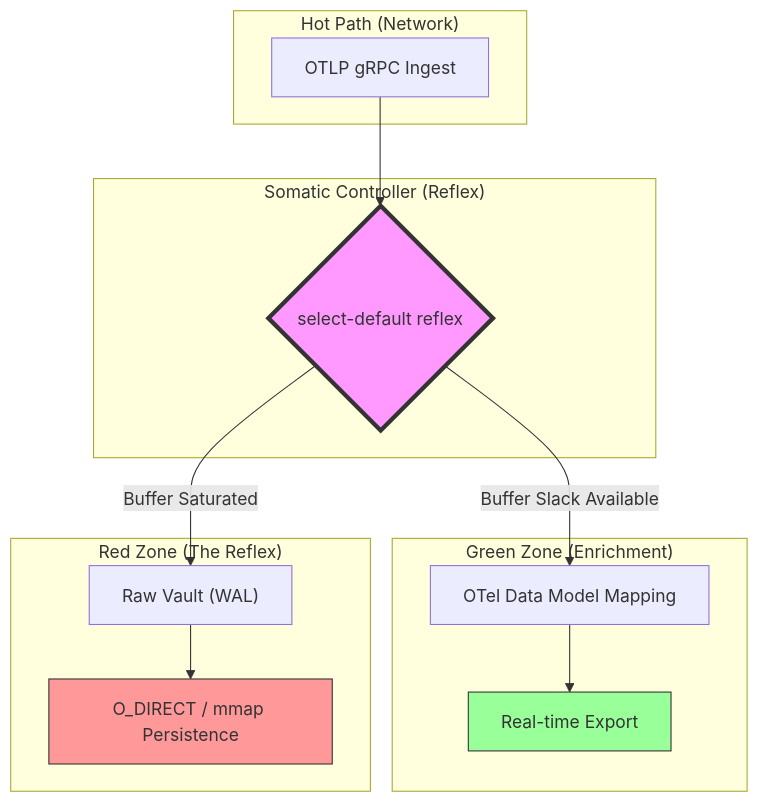
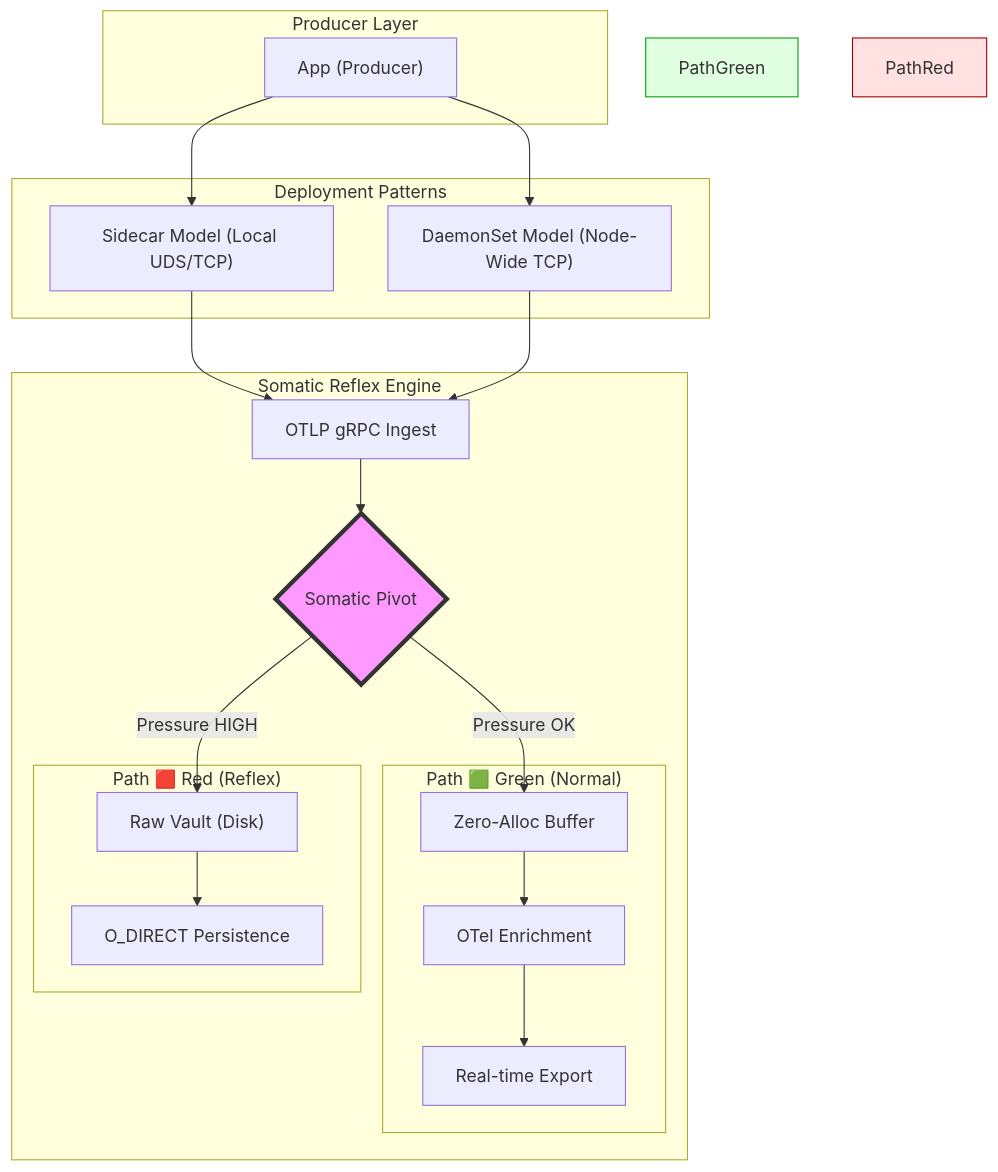
Before and after one commit to sung2708/GopherShip: the diagram in README.md, drawn with Mermaid. The commit also changed other lines of this file and 9 other files, not shown here.

Commit message:
feat: implement comprehensive testing suite, secure mTLS control plane, and multi-deploy architecture documentation

````diff
--- a/README.md
+++ b/README.md
@@ -26,30 +26,43 @@
 ```mermaid
 graph TD
-    subgraph "Hot Path (Network)"
-        Ingest["OTLP gRPC Ingest"]
+    subgraph "Producer Layer"
+        APP["App (Producer)"]
     end
 
-    subgraph "Somatic Controller (Reflex)"
-        Reflex{"select-default reflex"}
+    subgraph "Deployment Patterns"
+        SC["Sidecar Model (Local UDS/TCP)"]
+        DS["DaemonSet Model (Node-Wide TCP)"]
     end
 
-    subgraph "Green Zone (Enrichment)"
-        Enrich["OTel Data Model Mapping"]
-        Export["Real-time Export"]
+    subgraph "Somatic Reflex Engine"
+        Ingest["OTLP gRPC Ingest"]
+        Reflex{"Somatic Pivot"}
+
+        subgraph "Path 🟩 Green (Normal)"
+            Buffer["Zero-Alloc Buffer"]
+            Enrich["OTel Enrichment"]
+            Export["Real-time Export"]
+        end
+
+        subgraph "Path 🟥 Red (Reflex)"
+            Vault["Raw Vault (Disk)"]
+            Direct["O_DIRECT Persistence"]
+        end
     end
 
-    subgraph "Red Zone (The Reflex)"
-        Vault["Raw Vault (WAL)"]
-        Disk["O_DIRECT / mmap Persistence"]
-    end
+    APP --> SC
+    APP --> DS
+    SC --> Ingest
+    DS --> Ingest
 
     Ingest --> Reflex
-    Reflex -- "Buffer Slack Available" --> Enrich
-    Reflex -- "Buffer Saturated" --> Vault
-    Enrich --> Export
-    Vault --> Disk
-    
+    Reflex -- "Pressure OK" --> Buffer
+    Reflex -- "Pressure HIGH" --> Vault
+
+    Buffer --> Enrich --> Export
+    Vault --> Direct
+
     style Reflex fill:#f9f,stroke:#333,stroke-width:4px
-    style Export fill:#9f9,stroke:#333
-    style Disk fill:#f99,stroke:#333
+    style PathGreen fill:#e1ffe1,stroke:#00a000
+    style PathRed fill:#ffe1e1,stroke:#a00000
 ```
````
